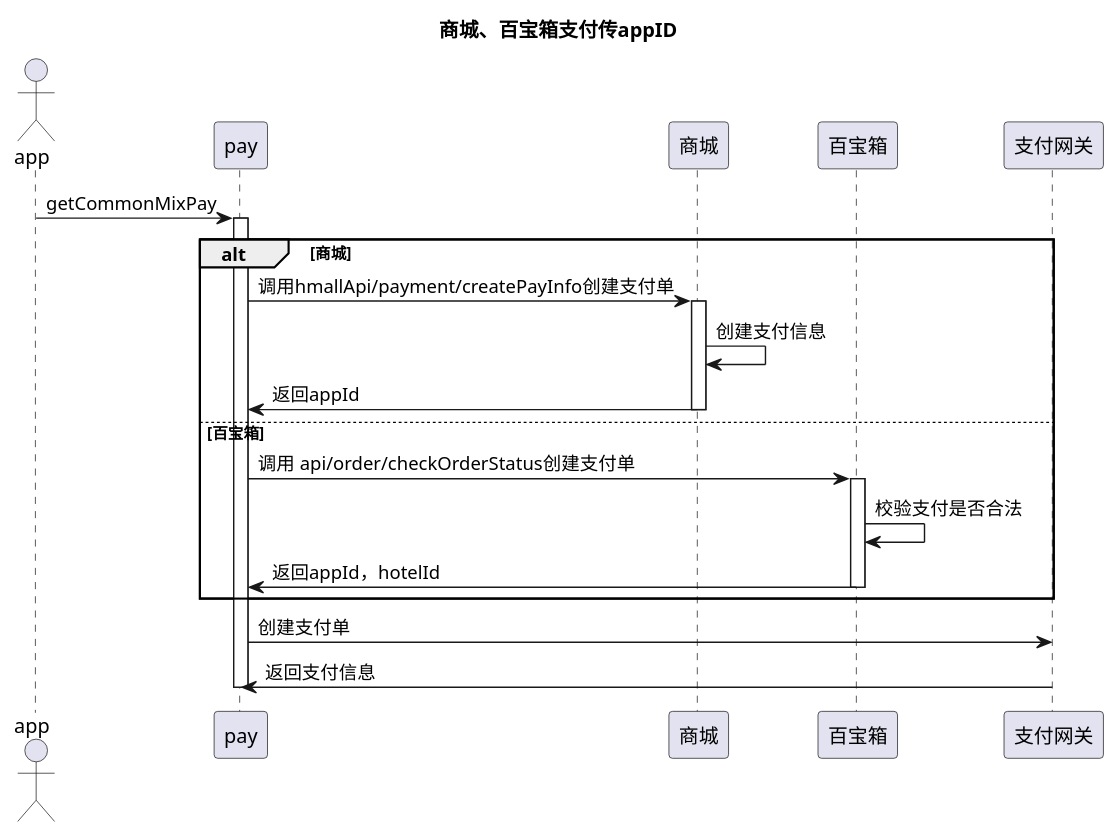
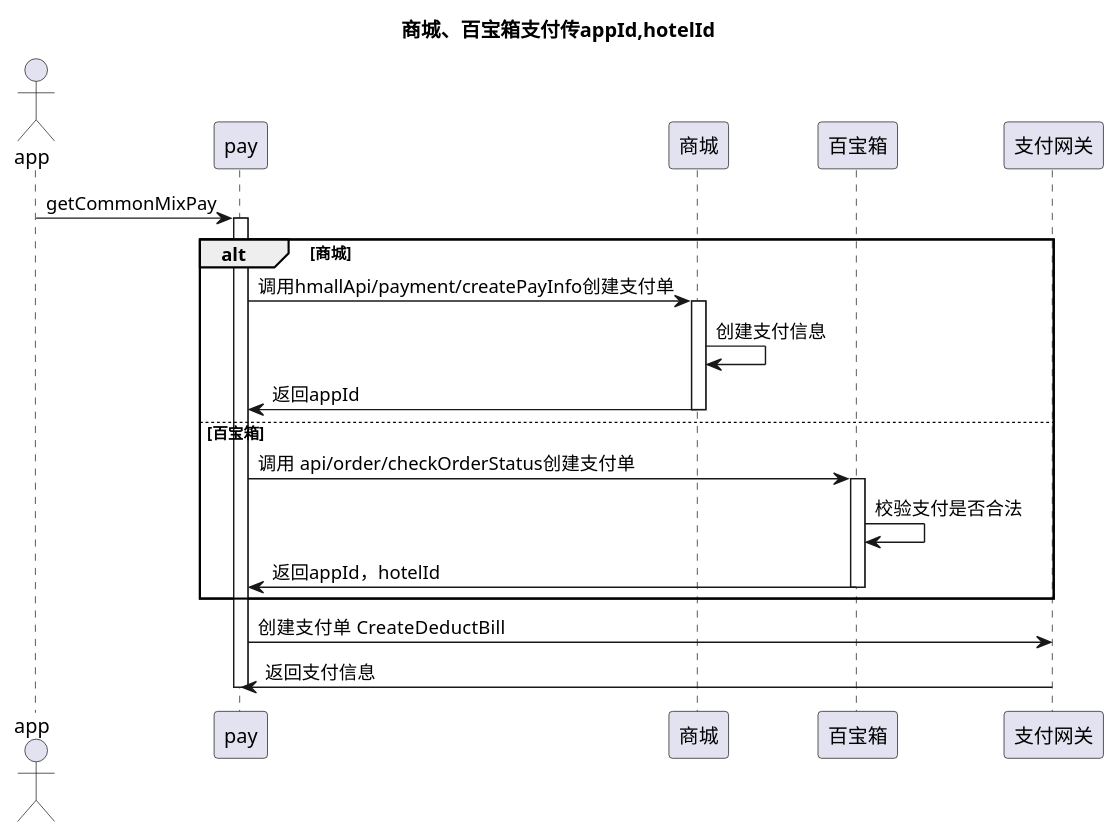
One commit to tuyongjian/Study changed the diagram in src/main/java/com/tu/study/util/demo.puml. Above: the diagram before and after it, drawn with PlantUML. The commit also changed 5 other files, not shown here.

```diff
--- a/src/main/java/com/tu/study/util/demo.puml
+++ b/src/main/java/com/tu/study/util/demo.puml
@@ -1,30 +1,30 @@
 @startuml
-title 商城、百宝箱支付传appID
+title 商城、百宝箱支付传appId,hotelId
 actor app as user
 participant "pay" as pay
 participant "商城" as 商城
 participant "百宝箱" as 百宝箱
 participant "支付网关" as 支付网关
 
 
 user-> pay:getCommonMixPay
 activate pay
 
 alt  商城
     pay-> 商城: 调用hmallApi/payment/createPayInfo创建支付单
     activate 商城
     商城 -> 商城: 创建支付信息
     商城 -> pay: 返回appId
     deactivate 商城
 else 百宝箱
    pay-> 百宝箱: 调用 api/order/checkOrderStatus创建支付单
    activate 百宝箱
    百宝箱 -> 百宝箱: 校验支付是否合法
    百宝箱 -> pay: 返回appId，hotelId
    deactivate 百宝箱
 end
 
-pay -> 支付网关: 创建支付单
+pay -> 支付网关: 创建支付单  CreateDeductBill
 支付网关 -> pay: 返回支付信息
 deactivate pay
 @enduml
```
